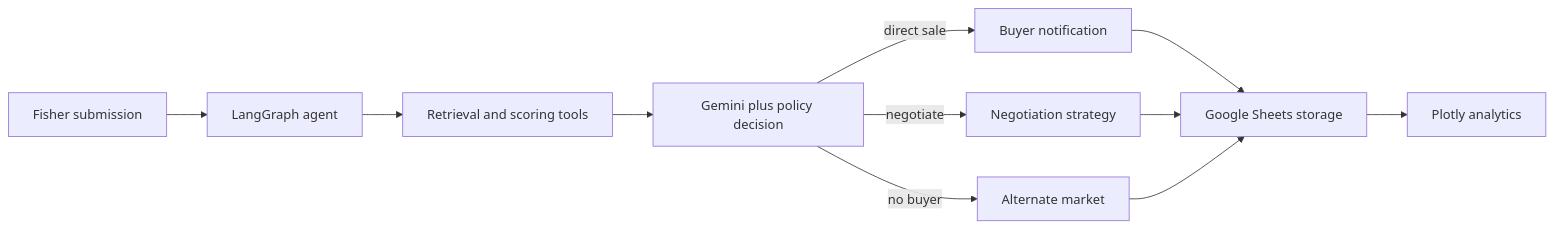
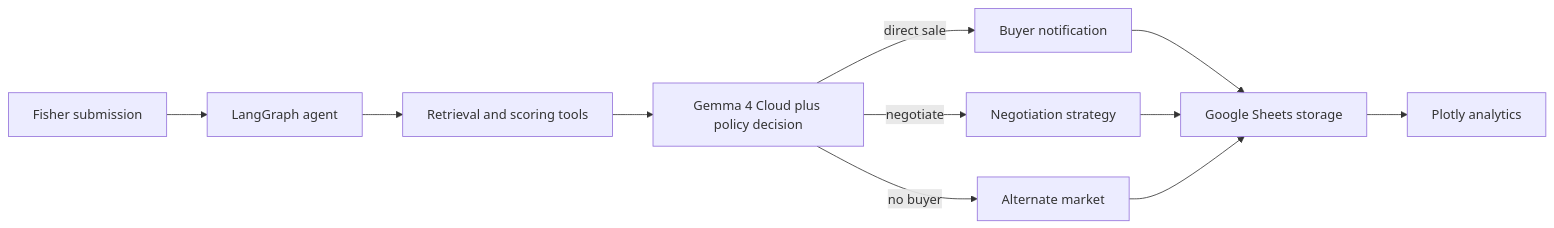
Before and after one commit to CodeWithShrey-collab/MatsyaLink-AI: the diagram in README.md, drawn with Mermaid. The commit also changed other lines of this file and 16 other files, not shown here.

````diff
--- a/README.md
+++ b/README.md
@@ -36,13 +37,13 @@
 ```mermaid
 flowchart LR
     Fisher["Fisher submission"] --> Graph["LangGraph agent"]
     Graph --> Tools["Retrieval and scoring tools"]
-    Tools --> Decision["Gemini plus policy decision"]
+    Tools --> Decision["Gemma 4 Cloud plus policy decision"]
     Decision -->|"direct sale"| Buyer["Buyer notification"]
     Decision -->|"negotiate"| Negotiation["Negotiation strategy"]
     Decision -->|"no buyer"| Market["Alternate market"]
     Buyer --> Store["Google Sheets storage"]
     Negotiation --> Store
     Market --> Store
     Store --> Analytics["Plotly analytics"]
 ```
````
